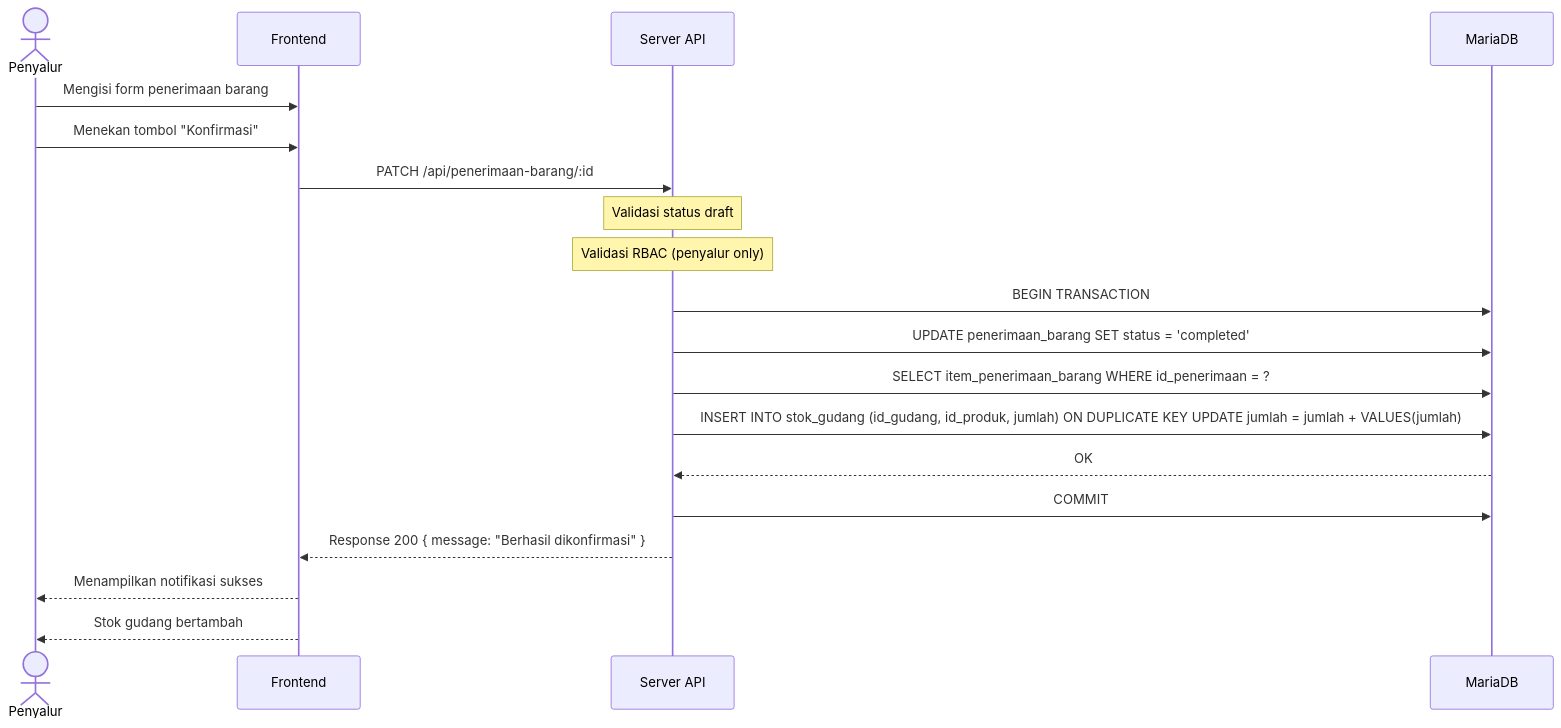
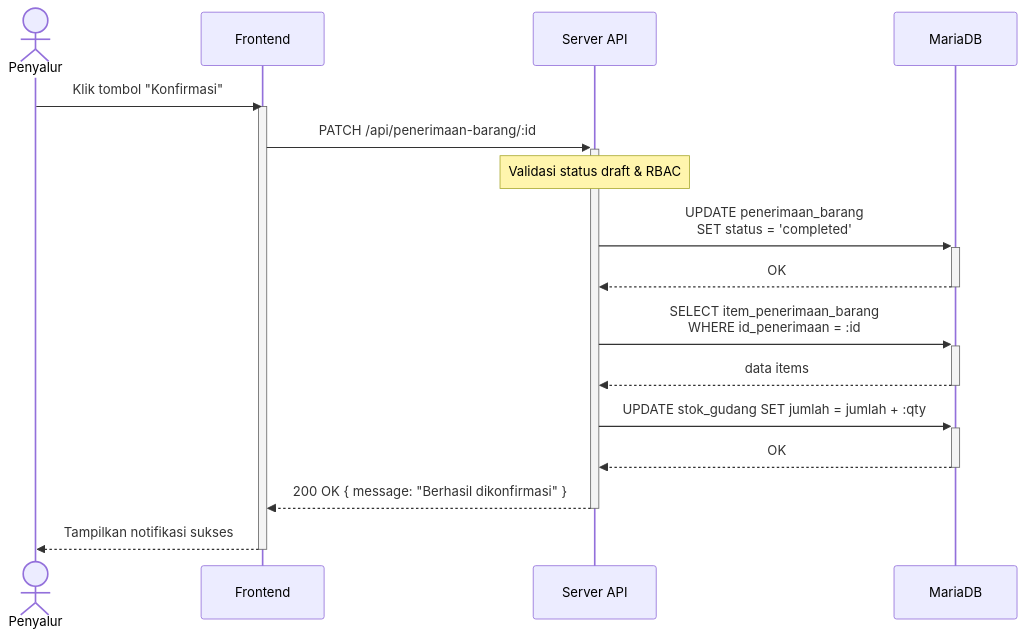
One commit to MuhamadAdhiWinata/Sistem-Informasi-Konsinyasi changed the seventh of 8 diagrams in diagram-mermaid.md. Above: the diagram before and after it, drawn with Mermaid. The commit also changed other lines of this file and 5 other files, not shown here.

````diff
--- a/diagram-mermaid.md
+++ b/diagram-mermaid.md
@@ -479,25 +503,27 @@
 ```mermaid
 sequenceDiagram
     actor Penyalur
     participant UI as Frontend
     participant API as Server API
     participant DB as MariaDB
     
-    Penyalur->>UI: Mengisi form penerimaan barang
-    Penyalur->>UI: Menekan tombol "Konfirmasi"
-    UI->>API: PATCH /api/penerimaan-barang/:id
+    Penyalur->>UI: Klik tombol "Konfirmasi"
+    activate UI
     
-    Note over API: Validasi status draft
-    Note over API: Validasi RBAC (penyalur only)
+    UI->>+API: PATCH /api/penerimaan-barang/:id
+    Note over API: Validasi status draft & RBAC
     
-    API->>DB: BEGIN TRANSACTION
-    API->>DB: UPDATE penerimaan_barang SET status = 'completed'
-    API->>DB: SELECT item_penerimaan_barang WHERE id_penerimaan = ?
-    API->>DB: INSERT INTO stok_gudang (id_gudang, id_produk, jumlah) ON DUPLICATE KEY UPDATE jumlah = jumlah + VALUES(jumlah)
-    DB-->>API: OK
-    API->>DB: COMMIT
+    API->>+DB: UPDATE penerimaan_barang<br/>SET status = 'completed'
+    DB-->>-API: OK
     
-    API-->>UI: Response 200 { message: "Berhasil dikonfirmasi" }
-    UI-->>Penyalur: Menampilkan notifikasi sukses
-    UI-->>Penyalur: Stok gudang bertambah
+    API->>+DB: SELECT item_penerimaan_barang<br/>WHERE id_penerimaan = :id
+    DB-->>-API: data items
+    
+    API->>+DB: UPDATE stok_gudang SET jumlah = jumlah + :qty
+    DB-->>-API: OK
+    
+    API-->>-UI: 200 OK { message: "Berhasil dikonfirmasi" }
+    
+    UI-->>Penyalur: Tampilkan notifikasi sukses
+    deactivate UI
 ```
````
